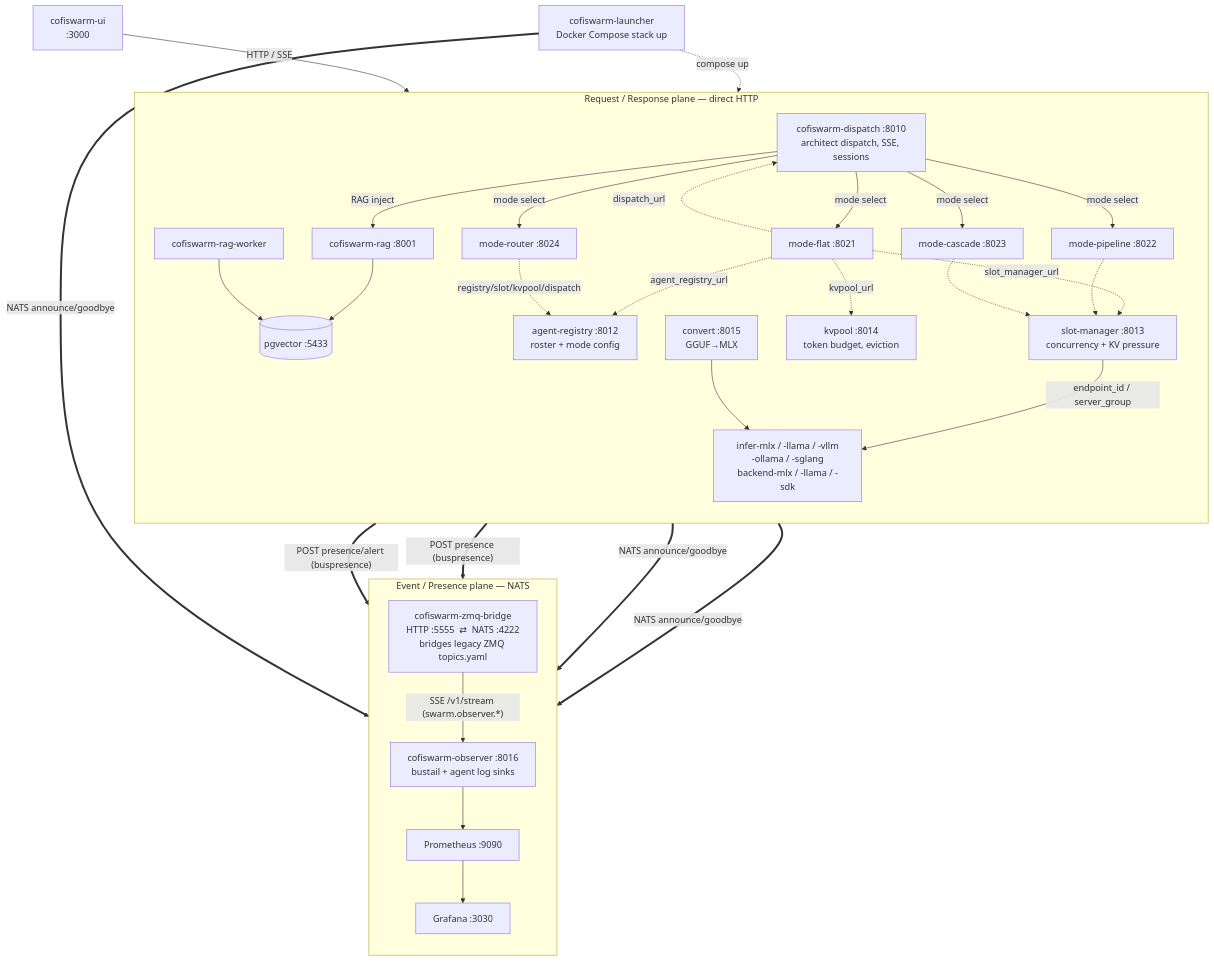
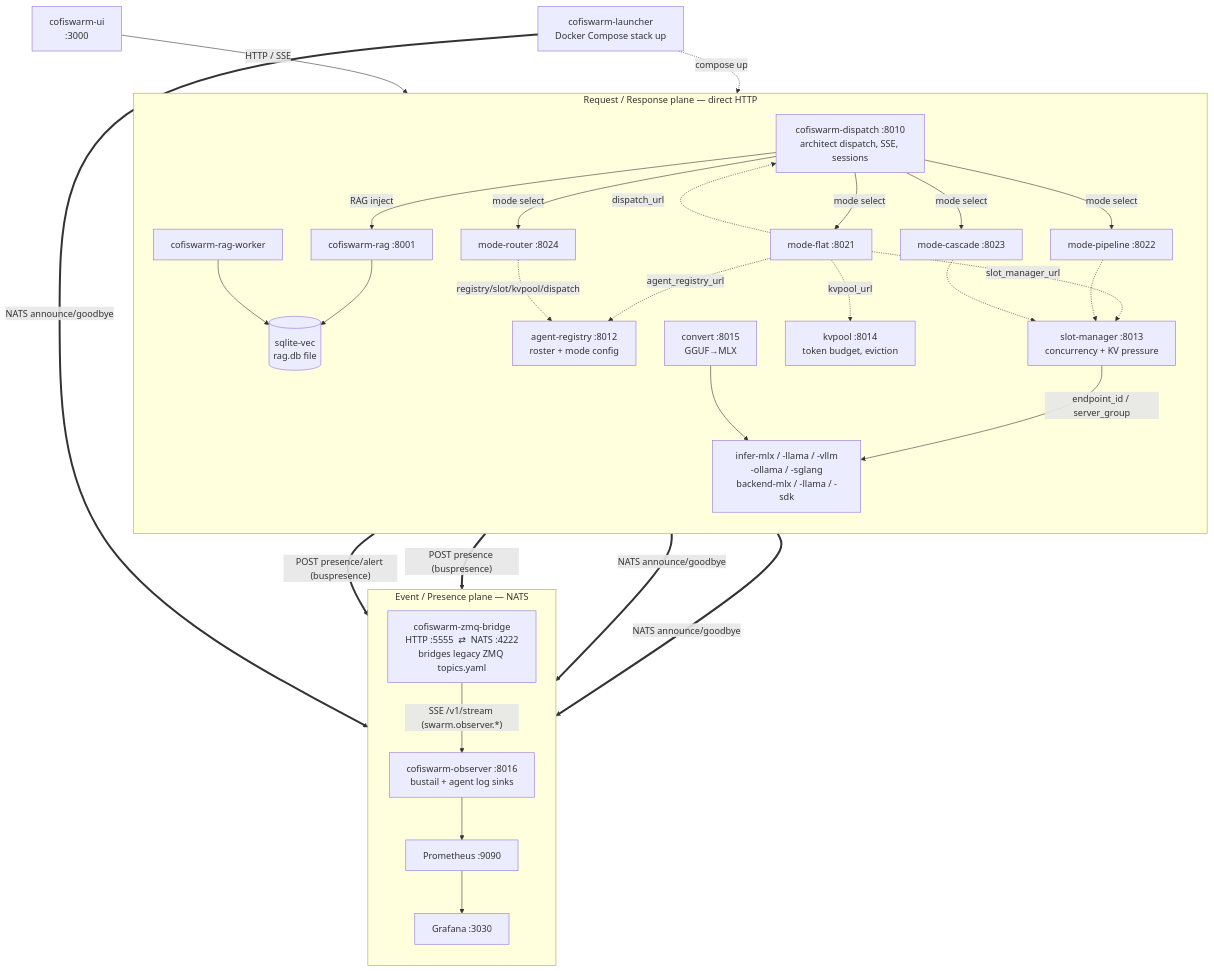
One commit to keepdevops/cofiswarm-deploy changed the diagram in cofiswarm/docs/topology.md. Above: the diagram before and after it, drawn with Mermaid. The commit also changed other lines of this file and 4 other files, not shown here.

First line of the commit message:
Make RAG store serverless sqlite-vec; remove pgvector

````diff
--- a/cofiswarm/docs/topology.md
+++ b/cofiswarm/docs/topology.md
@@ -37,62 +37,62 @@
 ```mermaid
 flowchart TD
     UI["cofiswarm-ui<br/>:3000"]
 
     subgraph REQ["Request / Response plane — direct HTTP"]
         direction TB
         DISP["cofiswarm-dispatch :8010<br/>architect dispatch, SSE, sessions"]
         MFLAT["mode-flat :8021"]
         MPIPE["mode-pipeline :8022"]
         MCASC["mode-cascade :8023"]
         MROUT["mode-router :8024"]
         REG["agent-registry :8012<br/>roster + mode config"]
         SLOT["slot-manager :8013<br/>concurrency + KV pressure"]
         KVP["kvpool :8014<br/>token budget, eviction"]
         RAG["cofiswarm-rag :8001"]
         RAGW["cofiswarm-rag-worker"]
-        PGV[("pgvector :5433")]
+        PGV[("sqlite-vec<br/>rag.db file")]
         CONV["convert :8015<br/>GGUF→MLX"]
         INFER["infer-mlx / -llama / -vllm<br/>-ollama / -sglang<br/>backend-mlx / -llama / -sdk"]
     end
 
     subgraph EVT["Event / Presence plane — NATS"]
         direction TB
         BRIDGE["cofiswarm-zmq-bridge<br/>HTTP :5555  ⇄  NATS :4222<br/>bridges legacy ZMQ topics.yaml"]
         OBS["cofiswarm-observer :8016<br/>bustail + agent log sinks"]
         PROM["Prometheus :9090"]
         GRAF["Grafana :3030"]
     end
 
     LAUNCH["cofiswarm-launcher<br/>Docker Compose stack up"]
 
     %% --- HTTP request flow ---
     UI -->|HTTP / SSE| DISP
     DISP -->|mode select| MFLAT
     DISP -->|mode select| MPIPE
     DISP -->|mode select| MCASC
     DISP -->|mode select| MROUT
     DISP -->|RAG inject| RAG
     RAG --> PGV
     RAGW --> PGV
 
     MFLAT -.->|agent_registry_url| REG
     MFLAT -.->|slot_manager_url| SLOT
     MFLAT -.->|kvpool_url| KVP
     MFLAT -.->|dispatch_url| DISP
     MROUT -.->|registry/slot/kvpool/dispatch| REG
     MPIPE -.-> SLOT
     MCASC -.-> SLOT
     SLOT -->|endpoint_id / server_group| INFER
     CONV --> INFER
 
     %% --- Event / presence flow ---
     DISP ==>|"POST presence/alert (buspresence)"| BRIDGE
     REG  ==>|"POST presence (buspresence)"| BRIDGE
     SLOT ==>|"NATS announce/goodbye"| BRIDGE
     KVP  ==>|"NATS announce/goodbye"| BRIDGE
     LAUNCH ==>|"NATS announce/goodbye"| BRIDGE
     BRIDGE -->|"SSE /v1/stream (swarm.observer.*)"| OBS
     OBS --> PROM --> GRAF
 
     LAUNCH -.->|compose up| DISP
 ```
````
